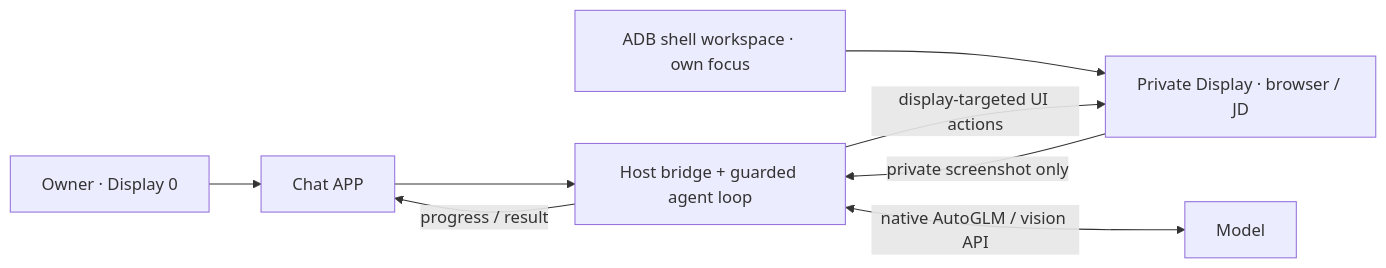
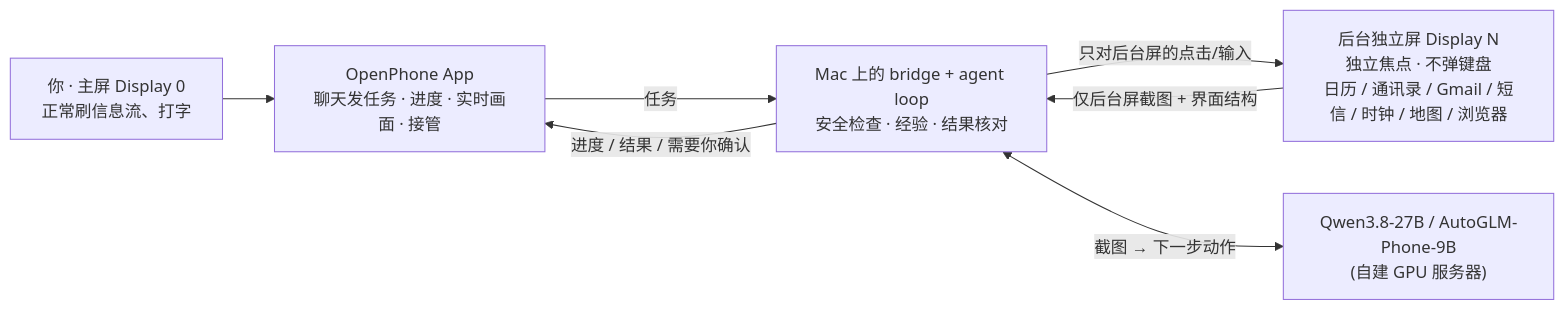
Before and after one commit to JaveyBae/openphone-agent: the diagram in README.md, drawn with Mermaid. The commit also changed other lines of this file and 93 other files, not shown here.

First line of the commit message:
feat: Qwen3.8-27B agent, learned experience, verified results and demo

````diff
--- a/README.md
+++ b/README.md
@@ -5,10 +11,9 @@
 ```mermaid
 flowchart LR
-    U[Owner · Display 0] --> A[Chat APP]
-    A --> B[Host bridge + guarded agent loop]
-    S[ADB shell workspace · own focus] --> V[Private Display · browser / JD]
-    B -->|display-targeted UI actions| V
-    V -->|private screenshot only| B
-    B <-->|native AutoGLM / vision API| M[Model]
-    B -->|progress / result| A
+    U["你 · 主屏 Display 0<br/>正常刷信息流、打字"] --> A["OpenPhone App<br/>聊天发任务 · 进度 · 实时画面 · 接管"]
+    A -->|任务| B["Mac 上的 bridge + agent loop<br/>安全检查 · 经验 · 结果核对"]
+    B -->|只对后台屏的点击/输入| V["后台独立屏 Display N<br/>独立焦点 · 不弹键盘<br/>日历 / 通讯录 / Gmail / 短信 / 时钟 / 地图 / 浏览器"]
+    V -->|仅后台屏截图 + 界面结构| B
+    B <-->|截图 → 下一步动作| M["Qwen3.8-27B / AutoGLM-Phone-9B<br/>(自建 GPU 服务器)"]
+    B -->|进度 / 结果 / 需要你确认| A
 ```
````
